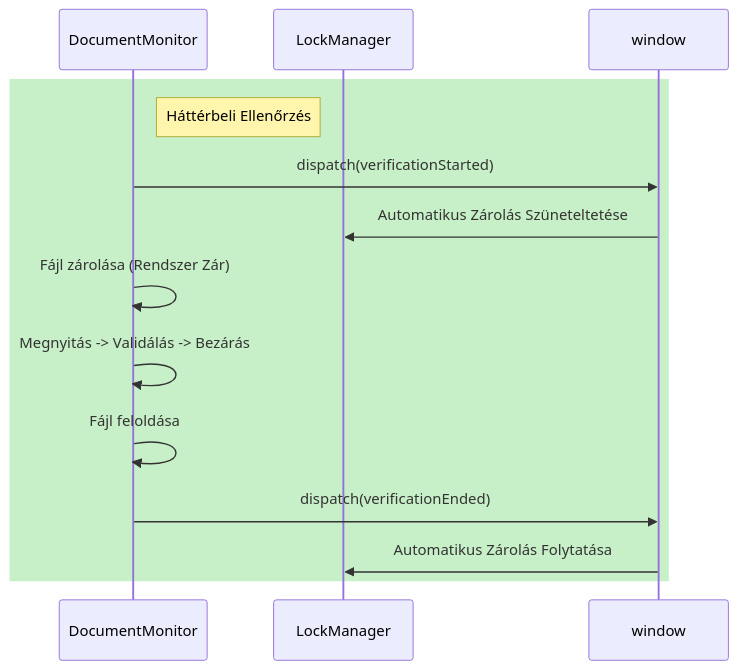
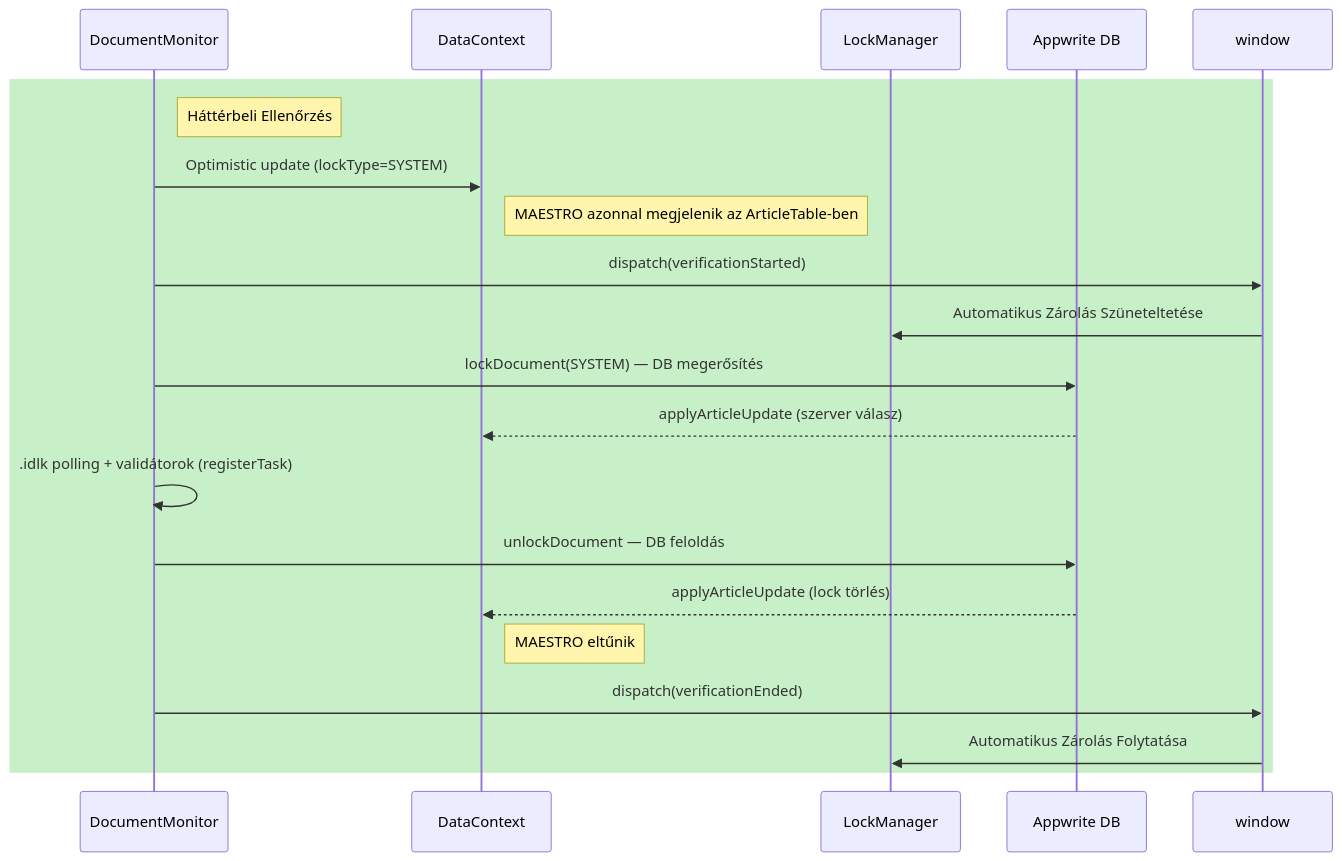
The third of 3 diagrams in packages/maestro-indesign/docs/EVENT_ARCHITECTURE.md (SashalmiImre/Maestro_Plugin), drawn with Mermaid before and after one commit. The commit also changed other lines of this file and 4 other files, not shown here.

First line of the commit message:
fix: MAESTRO lock felirat villanás — optimistic update a DocumentMonitor-ban

````diff
--- a/packages/maestro-indesign/docs/EVENT_ARCHITECTURE.md
+++ b/packages/maestro-indesign/docs/EVENT_ARCHITECTURE.md
@@ -120,18 +120,27 @@
 ```mermaid
 sequenceDiagram
     participant DM as DocumentMonitor
+    participant DC as DataContext
     participant LM as LockManager
+    participant AW as Appwrite DB
 
     rect rgb(200, 240, 200)
     Note right of DM: Háttérbeli Ellenőrzés
+    DM->>DC: Optimistic update (lockType=SYSTEM)
+    Note right of DC: MAESTRO azonnal megjelenik az ArticleTable-ben
+
     DM->>window: dispatch(verificationStarted)
     window->>LM: Automatikus Zárolás Szüneteltetése
 
-    DM->>DM: Fájl zárolása (Rendszer Zár)
-    DM->>DM: Megnyitás -> Validálás -> Bezárás
-    DM->>DM: Fájl feloldása
+    DM->>AW: lockDocument(SYSTEM) — DB megerősítés
+    AW-->>DC: applyArticleUpdate (szerver válasz)
+
+    DM->>DM: .idlk polling + validátorok (registerTask)
+    DM->>AW: unlockDocument — DB feloldás
+    AW-->>DC: applyArticleUpdate (lock törlés)
+    Note right of DC: MAESTRO eltűnik
 
     DM->>window: dispatch(verificationEnded)
     window->>LM: Automatikus Zárolás Folytatása
     end
 ```
````
